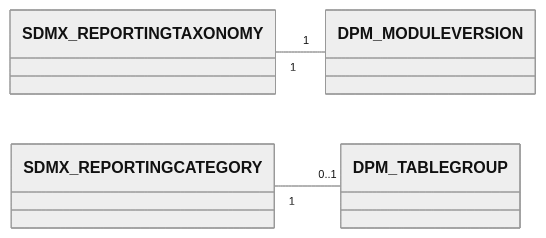
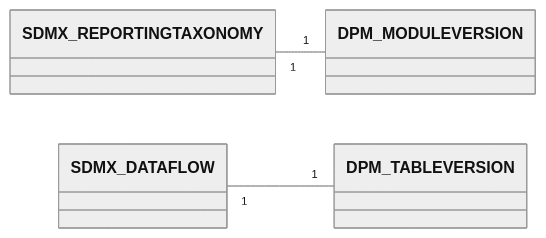
The tenth of 10 diagrams in docs/models-relationships/02_data_definition/03_detailed_mapping_rules.md (sdmx-twg/wp-sdmx-dpm), drawn with Mermaid (neutral theme) before and after one commit. The commit also changed other lines of this file and 11 other files, not shown here.

First line of the commit message:
Refactor documentation for clarity and consistency in DPM and SDMX mappings

````diff
--- a/docs/models-relationships/02_data_definition/03_detailed_mapping_rules.md
+++ b/docs/models-relationships/02_data_definition/03_detailed_mapping_rules.md
@@ -1593,6 +1580,6 @@
 ```mermaid
 classDiagram
     direction LR
     SDMX_REPORTINGTAXONOMY "1" -- "1" DPM_MODULEVERSION
-    SDMX_REPORTINGCATEGORY "1" -- "0..1" DPM_TABLEGROUP
+    SDMX_DATAFLOW "1" -- "1" DPM_TABLEVERSION
 ```
````
